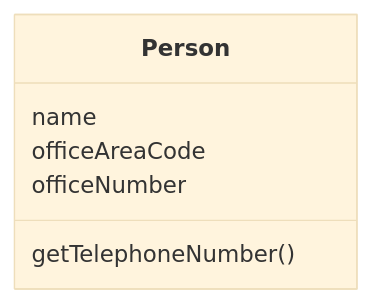
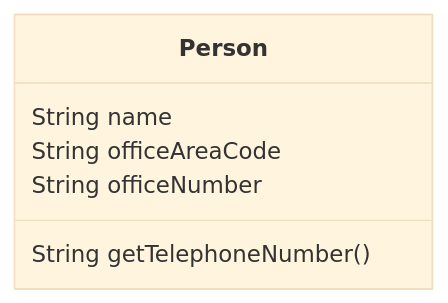
One commit to wuxiongbo/design_patterns changed the first of 2 diagrams in src/main/java/refactoring/chapter07/section3/Extract Class.md. Above: the diagram before and after it, drawn with Mermaid (base theme). The commit also changed other lines of this file and 38 other files, not shown here.

````diff
--- a/src/main/java/refactoring/chapter07/section3/Extract Class.md
+++ b/src/main/java/refactoring/chapter07/section3/Extract Class.md
@@ -7,10 +7,10 @@
 ```mermaid
 classDiagram
     class Person {
-        name
-        officeAreaCode
-        officeNumber
-        getTelephoneNumber()
+        String name
+        String officeAreaCode
+        String officeNumber
+        String getTelephoneNumber()
     }
 
 ```
````
